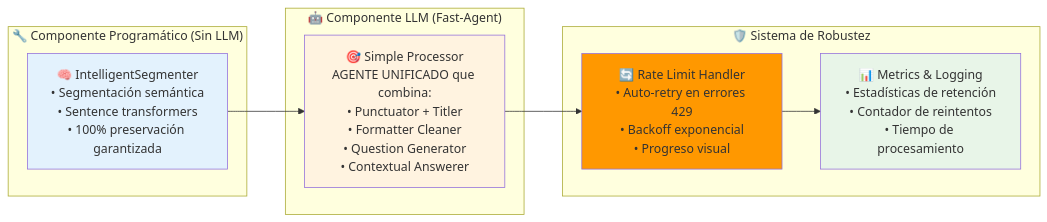
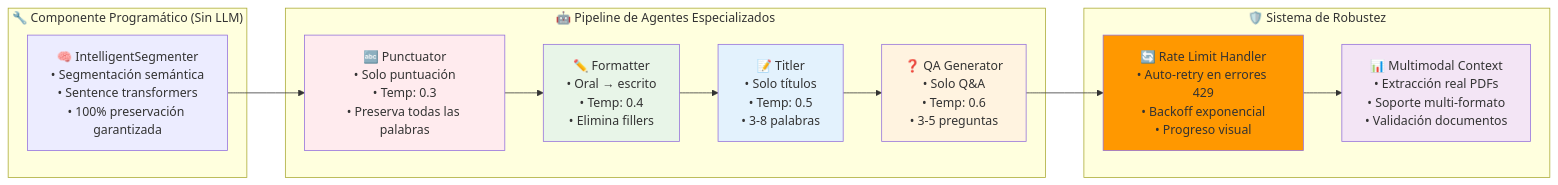
One commit to pablotoledo/sumer-ia changed the second of 11 diagrams in component_b_streamlit/README.md. Above: the diagram before and after it, drawn with Mermaid. The commit also changed other lines of this file and 10 other files, not shown here.

First line of the commit message:
Implement multi-agent architecture and multimodal context

````diff
--- a/component_b_streamlit/README.md
+++ b/component_b_streamlit/README.md
@@ -97,24 +97,32 @@
 ```mermaid
 graph LR
     subgraph "🔧 Componente Programático (Sin LLM)"
         A[🧠 IntelligentSegmenter<br/>• Segmentación semántica<br/>• Sentence transformers<br/>• 100% preservación garantizada]
     end
-    
-    subgraph "🤖 Componente LLM (Fast-Agent)"
-        B[🎯 Simple Processor<br/>AGENTE UNIFICADO que combina:<br/>• Punctuator + Titler<br/>• Formatter Cleaner<br/>• Question Generator<br/>• Contextual Answerer]
+
+    subgraph "🤖 Pipeline de Agentes Especializados"
+        B[🔤 Punctuator<br/>• Solo puntuación<br/>• Temp: 0.3<br/>• Preserva todas las palabras]
+        C[✏️ Formatter<br/>• Oral → escrito<br/>• Temp: 0.4<br/>• Elimina fillers]
+        D[📝 Titler<br/>• Solo títulos<br/>• Temp: 0.5<br/>• 3-8 palabras]
+        E[❓ QA Generator<br/>• Solo Q&A<br/>• Temp: 0.6<br/>• 3-5 preguntas]
     end
-    
+
     subgraph "🛡️ Sistema de Robustez"
-        C[🔄 Rate Limit Handler<br/>• Auto-retry en errores 429<br/>• Backoff exponencial<br/>• Progreso visual]
-        D[📊 Metrics & Logging<br/>• Estadísticas de retención<br/>• Contador de reintentos<br/>• Tiempo de procesamiento]
+        F[🔄 Rate Limit Handler<br/>• Auto-retry en errores 429<br/>• Backoff exponencial<br/>• Progreso visual]
+        G[📊 Multimodal Context<br/>• Extracción real PDFs<br/>• Soporte multi-formato<br/>• Validación documentos]
     end
-    
+
     A --> B
     B --> C
     C --> D
-    
-    style A fill:#e3f2fd
-    style B fill:#fff3e0
-    style C fill:#ff9800
-    style D fill:#e8f5e8
+    D --> E
+    E --> F
+    F --> G
+
+    style B fill:#ffebee
+    style C fill:#e8f5e8
+    style D fill:#e3f2fd
+    style E fill:#fff3e0
+    style F fill:#ff9800
+    style G fill:#f3e5f5
 ```
````
